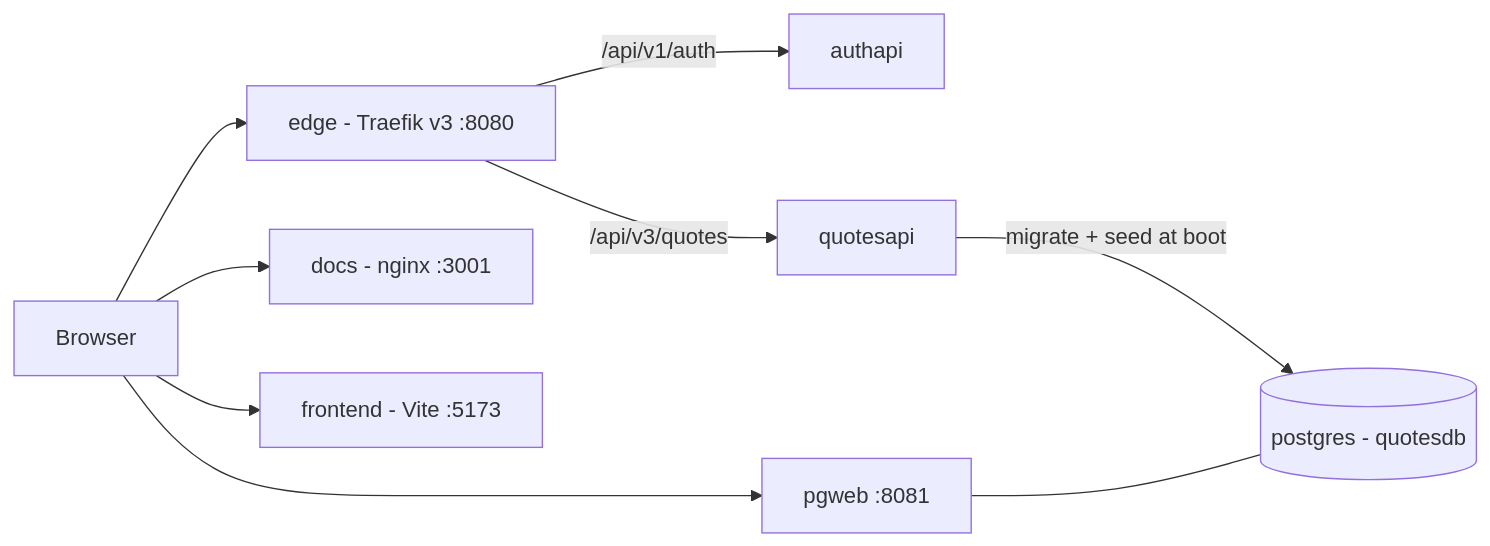
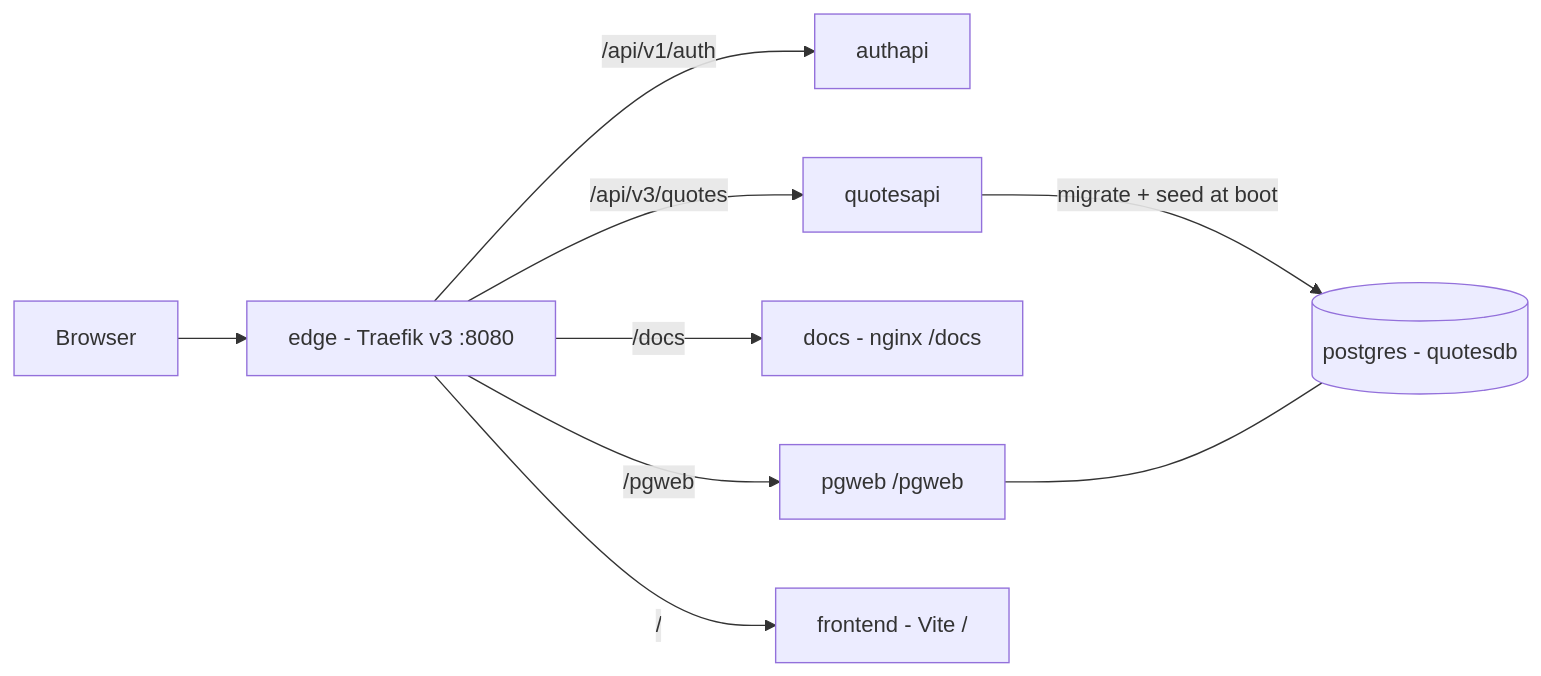
One commit to josnelihurt/code.examples.go.quotes changed the first of 2 diagrams in docs/architecture.md. Above: the diagram before and after it, drawn with Mermaid. The commit also changed other lines of this file and 10 other files, not shown here.

````diff
--- a/docs/architecture.md
+++ b/docs/architecture.md
@@ -20,20 +20,20 @@
 ```mermaid
 flowchart LR
   user["Browser"]
   edge["edge - Traefik v3 :8080"]
   auth["authapi"]
   quotes["quotesapi"]
   pg[("postgres - quotesdb")]
-  docs["docs - nginx :3001"]
-  pgweb["pgweb :8081"]
-  vite["frontend - Vite :5173"]
+  docs["docs - nginx /docs"]
+  pgweb["pgweb /pgweb"]
+  vite["frontend - Vite /"]
 
   user --> edge
-  user --> docs
-  user --> pgweb
-  user --> vite
   edge -->|"/api/v1/auth"| auth
   edge -->|"/api/v3/quotes"| quotes
+  edge -->|"/docs"| docs
+  edge -->|"/pgweb"| pgweb
+  edge -->|"/"| vite
   quotes -->|migrate + seed at boot| pg
   pgweb --- pg
 ```
````
